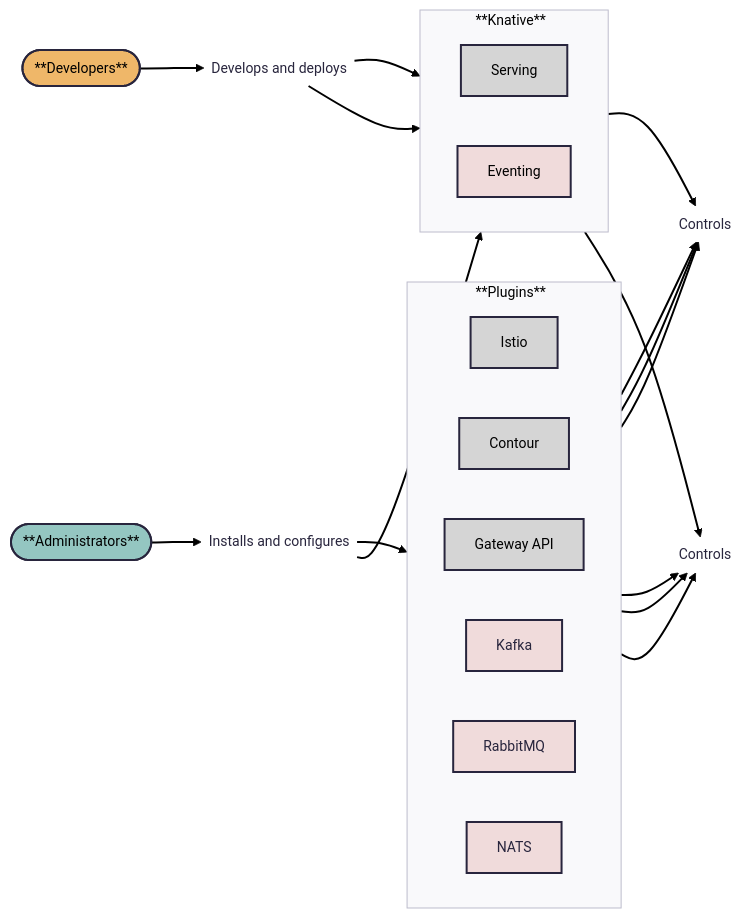
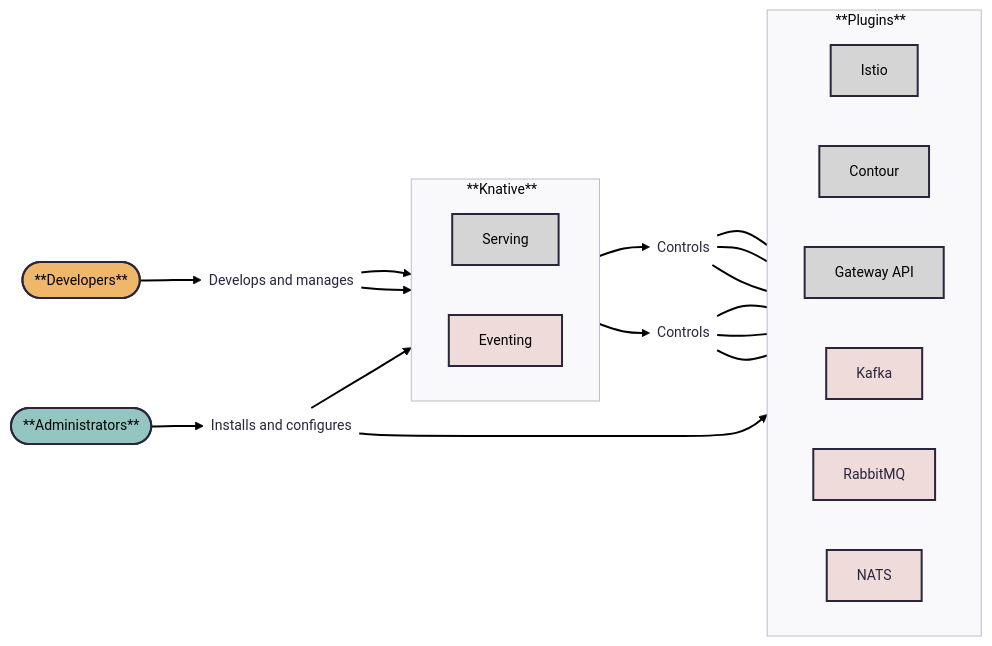
One commit to knative/docs changed the diagram in docs/versioned/admin/admin-overview.md. Above: the diagram before and after it, drawn with Mermaid.

Commit message:
Update admin-overview.md
mermaid test

````diff
--- a/docs/versioned/admin/admin-overview.md
+++ b/docs/versioned/admin/admin-overview.md
@@ -14,56 +14,52 @@
 ```mermaid
 ---
 config:
   theme: redux
-  layout: fixed
+  layout: dagre
   look: classic
 ---
 flowchart LR
  subgraph Knative["**Knative**&nbsp;&nbsp;"]
     direction LR
         Serving["Serving"]
         Eventing["Eventing"]
   end
  subgraph Plugins["**Plugins**&nbsp;&nbsp;"]
     direction LR
         net-istio["Istio"]
         net-contour["Contour"]
         net-gateway-api["Gateway API"]
         event-kafka["Kafka"]
         event-rabbitmq["RabbitMQ"]
         event-nats["NATS"]
   end
-    Dev(["**Developers**"]) --> dev-acts["Develops and deploys"]
+    Dev(["**Developers**"]) --> dev-acts["Develops and manages"]
     dev-acts --> Serving & Eventing
     Admin(["**Administrators**"]) --> admin-acts["Installs and configures"]
     admin-acts --> Knative & Plugins
     Serving --> net-impl["Controls"]
-    net-istio --> net-impl
-    net-contour --> net-impl
-    net-gateway-api --> net-impl
+    net-impl --- net-istio & net-contour & net-gateway-api
     Eventing --> event-impl["Controls"]
-    event-kafka --> event-impl
-    event-rabbitmq --> event-impl
-    event-nats --> event-impl
+    event-impl --- event-kafka & event-rabbitmq & event-nats
     dev-acts@{ shape: text}
     admin-acts@{ shape: text}
     net-impl@{ shape: text}
     event-impl@{ shape: text}
     style Serving fill:#D5D5D5,color:#000000
     style Eventing fill:#F0DBDB,color:#000000
     style net-istio fill:#D5D5D5,color:#000000
     style net-contour fill:#D5D5D5,color:#000000
     style net-gateway-api fill:#D5D5D5,color:#000000
     style event-kafka fill:#F0DBDB
     style event-rabbitmq fill:#F0DBDB
     style event-nats fill:#F0DBDB
     style Dev fill:#EFB769,color:#000000
     style dev-acts fill:transparent
     style Admin fill:#94C6C1,color:#000000
     style admin-acts fill:transparent
     style Knative text-align: left
     style Plugins text-align: left
     style net-impl fill:transparent
     style event-impl fill:transparent
 
 ```
````
